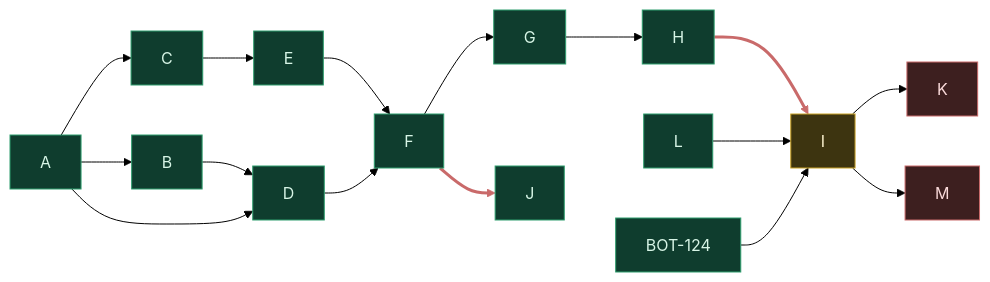
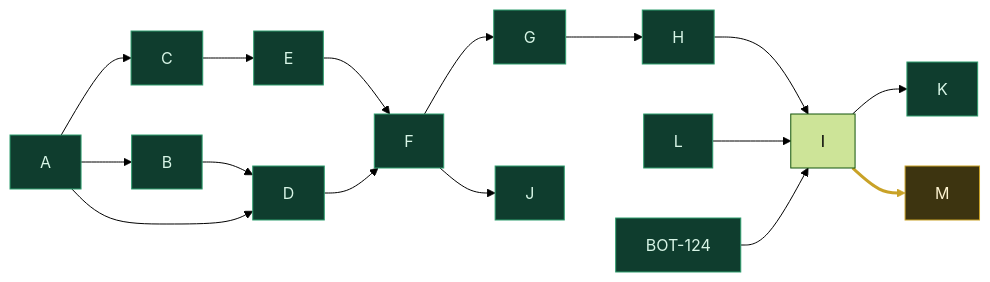
Before and after one commit to anhembedded/Sagittarius_Elite_Warrior: the second of 4 diagrams in Tasks/epics/EPIC-021_ket_noi_binance_futures_testnet/TRANG_THAI_va_LO_TRINH.md, drawn with Mermaid (forest theme). The commit also changed other lines of this file and 32 other files, not shown here.

````diff
--- a/Tasks/epics/EPIC-021_ket_noi_binance_futures_testnet/TRANG_THAI_va_LO_TRINH.md
+++ b/Tasks/epics/EPIC-021_ket_noi_binance_futures_testnet/TRANG_THAI_va_LO_TRINH.md
@@ -86,23 +81,21 @@
 ```mermaid
 flowchart LR
   classDef done fill:#0f3d2e,stroke:#2f9e6e,color:#d7f5e6
-  classDef todo fill:#3d1f1f,stroke:#c96a6a,color:#fadada
   classDef ready fill:#3d3410,stroke:#c9a227,color:#fdf3d0
 
   A["A"] --> B["B"] --> D["D"]
   A --> C["C"] --> E["E"] --> F["F"]
   A --> D
   D --> F
   F --> G["G"] --> H["H"] --> I["I"]
   F --> J["J"]
   L["L"] --> I
   T124["BOT-124"] --> I
   I --> K["K"]
   I --> M["M"]
 
-  class A,B,C,D,E,F,G,H,J,L,T124 done
-  class I ready
-  class K,M todo
+  class A,B,C,D,E,F,G,H,J,L,T124,K done
+  class M ready
 
-  linkStyle 9,10 stroke:#c96a6a,stroke-width:3px
+  linkStyle 14 stroke:#c9a227,stroke-width:3px
 ```
````
